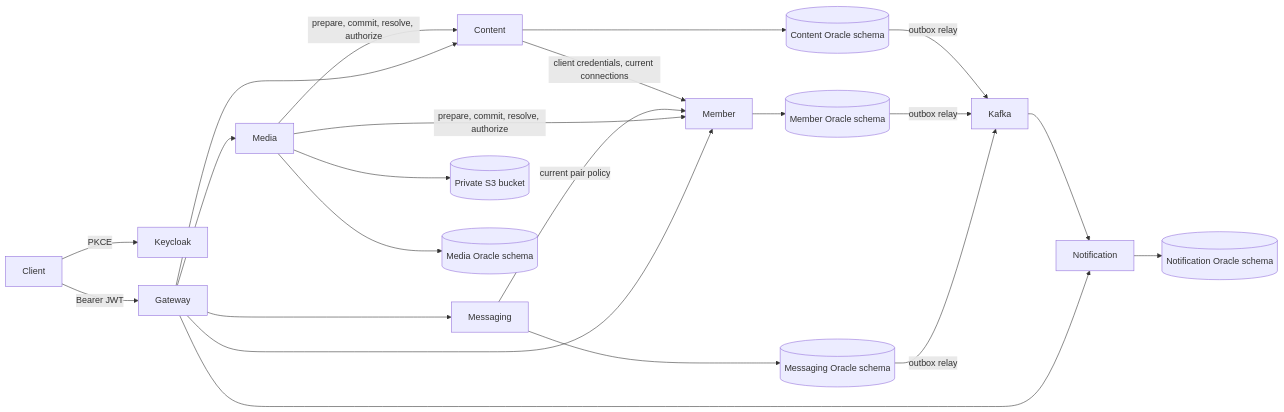
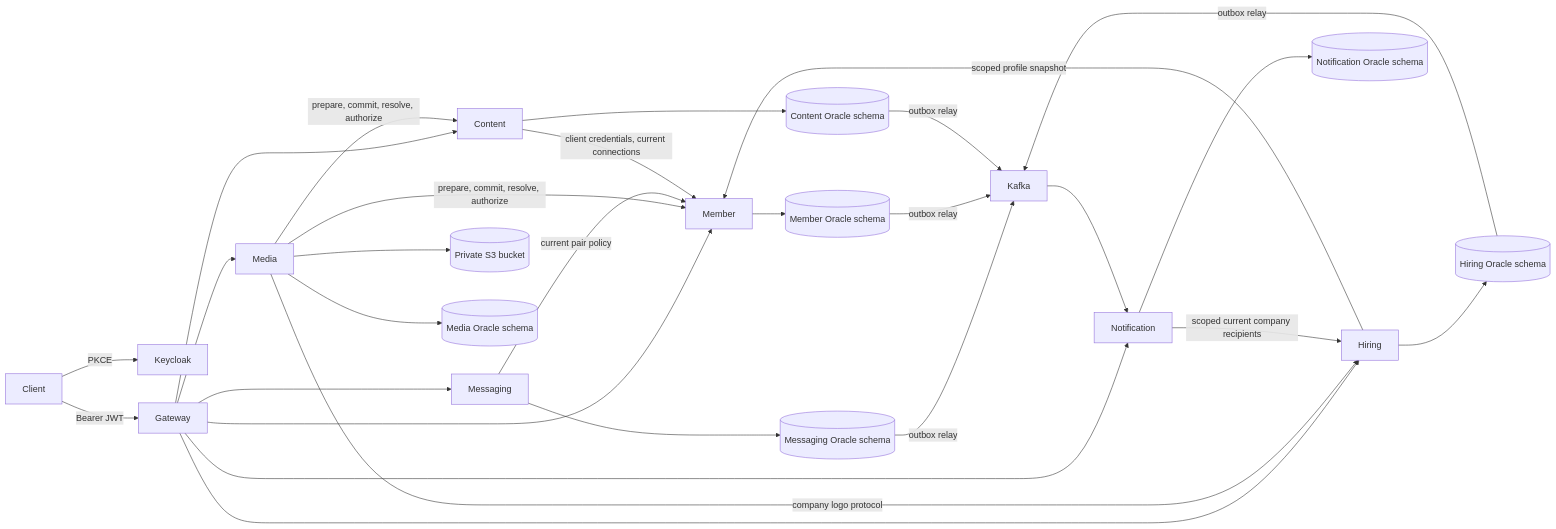
One commit to kaizenchandra/linkedin-social-platform changed the first of 6 diagrams in docs/architecture.md. Above: the diagram before and after it, drawn with Mermaid. The commit also changed other lines of this file and 131 other files, not shown here.

````diff
--- a/docs/architecture.md
+++ b/docs/architecture.md
@@ -3,24 +3,30 @@
 ```mermaid
 flowchart LR
  Client -->|PKCE| Keycloak
  Client -->|Bearer JWT| Gateway
  Gateway --> Member
  Gateway --> Content
  Gateway --> Notification
  Gateway --> Media
  Gateway --> Messaging
+ Gateway --> Hiring
+ Media -->|company logo protocol| Hiring
+ Hiring -->|scoped profile snapshot| Member
+ Notification -->|scoped current company recipients| Hiring
+ Hiring --> H[(Hiring Oracle schema)]
+ H -->|outbox relay| Kafka
  Media -->|prepare, commit, resolve, authorize| Member
  Media -->|prepare, commit, resolve, authorize| Content
  Messaging -->|current pair policy| Member
  Media --> O[(Private S3 bucket)]
  Media --> MD[(Media Oracle schema)]
  Messaging --> MS[(Messaging Oracle schema)]
  MS -->|outbox relay| Kafka
  Content -->|client credentials, current connections| Member
  Member --> M[(Member Oracle schema)]
  Content --> C[(Content Oracle schema)]
  Notification --> N[(Notification Oracle schema)]
  M -->|outbox relay| Kafka
  C -->|outbox relay| Kafka
  Kafka --> Notification
 ```
````
